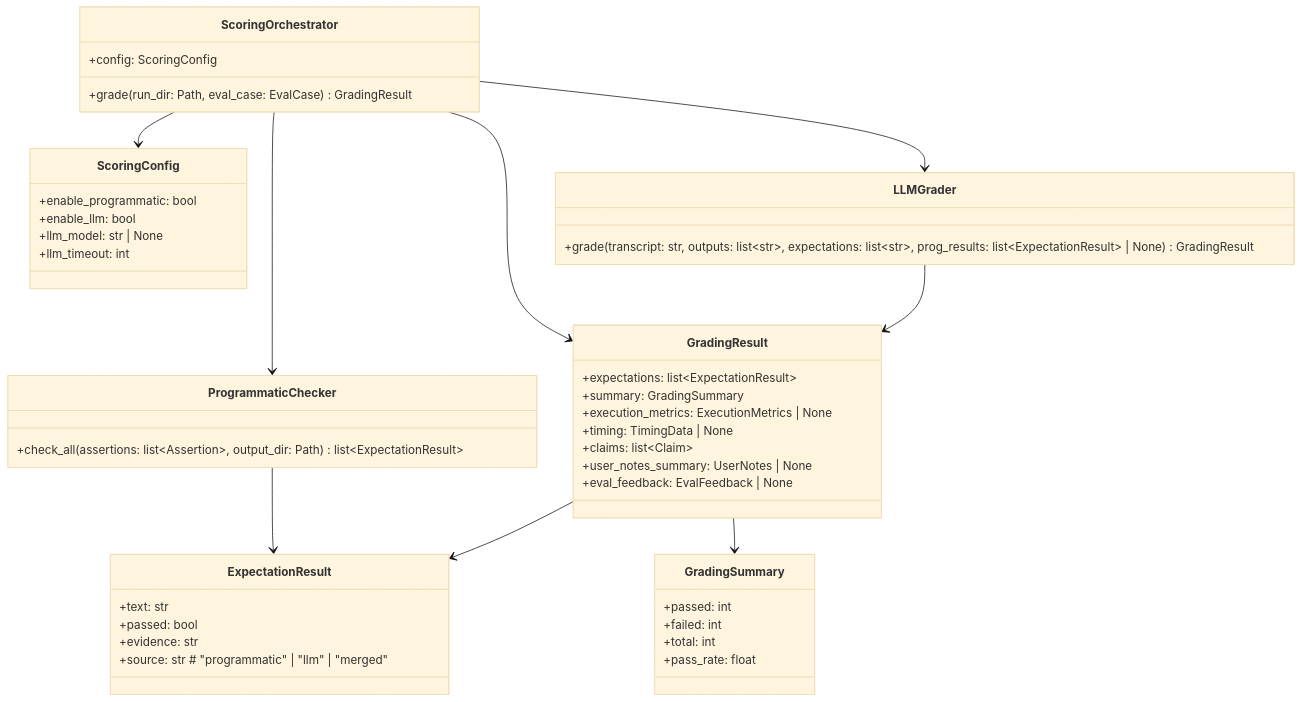
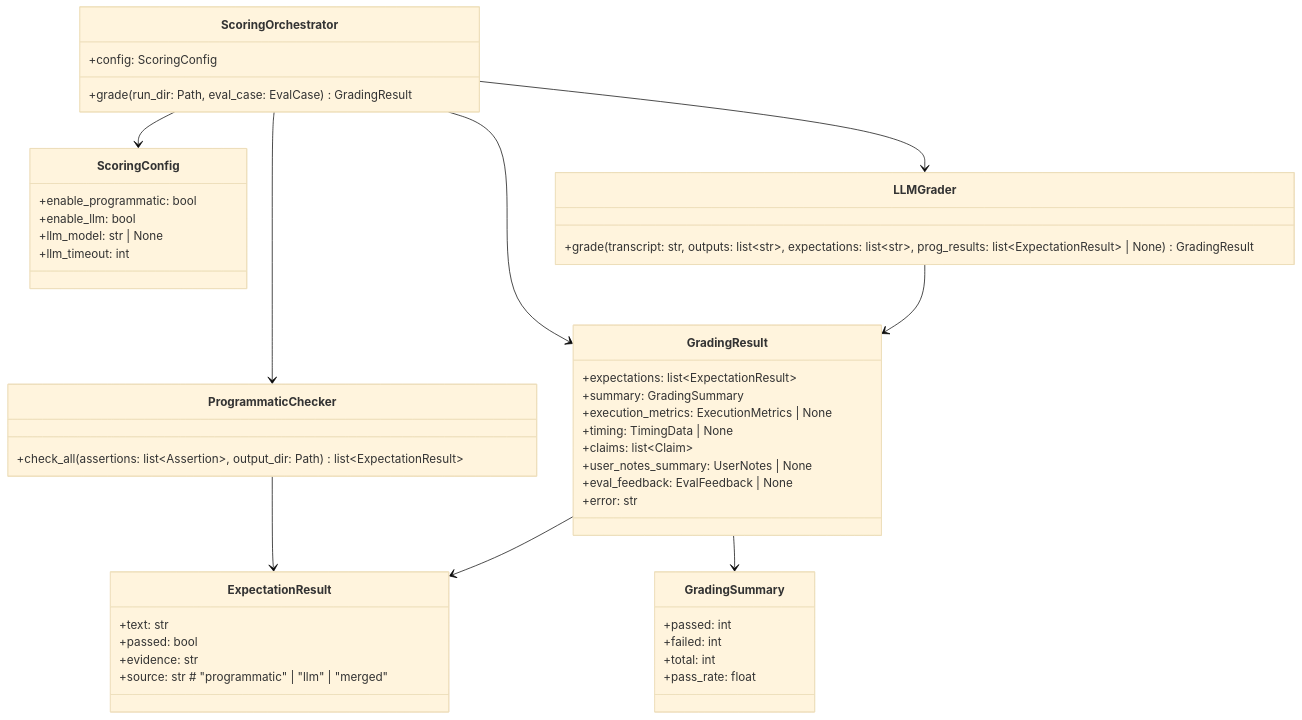
Before and after one commit to HangDu1995/sift: the seventh of 17 diagrams in docs/skill-eval-design.md, drawn with Mermaid (base theme). The commit also changed other lines of this file and 29 other files, not shown here.

````diff
--- a/docs/skill-eval-design.md
+++ b/docs/skill-eval-design.md
@@ -1104,55 +1107,56 @@
 ```mermaid
 classDiagram
     class ScoringOrchestrator {
         +config: ScoringConfig
         +grade(run_dir: Path, eval_case: EvalCase) GradingResult
     }
 
     class ScoringConfig {
         +enable_programmatic: bool
         +enable_llm: bool
         +llm_model: str | None
         +llm_timeout: int
     }
 
     class ProgrammaticChecker {
         +check_all(assertions: list~Assertion~, output_dir: Path) list~ExpectationResult~
     }
 
     class LLMGrader {
         +grade(transcript: str, outputs: list~str~, expectations: list~str~, prog_results: list~ExpectationResult~ | None) GradingResult
     }
 
     class GradingResult {
         +expectations: list~ExpectationResult~
         +summary: GradingSummary
         +execution_metrics: ExecutionMetrics | None
         +timing: TimingData | None
         +claims: list~Claim~
         +user_notes_summary: UserNotes | None
         +eval_feedback: EvalFeedback | None
+        +error: str
     }
 
     class ExpectationResult {
         +text: str
         +passed: bool
         +evidence: str
         +source: str   # "programmatic" | "llm" | "merged"
     }
 
     class GradingSummary {
         +passed: int
         +failed: int
         +total: int
         +pass_rate: float
     }
 
     ScoringOrchestrator --> ScoringConfig
     ScoringOrchestrator --> ProgrammaticChecker
     ScoringOrchestrator --> LLMGrader
     ScoringOrchestrator --> GradingResult
     ProgrammaticChecker --> ExpectationResult
     LLMGrader --> GradingResult
     GradingResult --> ExpectationResult
     GradingResult --> GradingSummary
 ```
````
